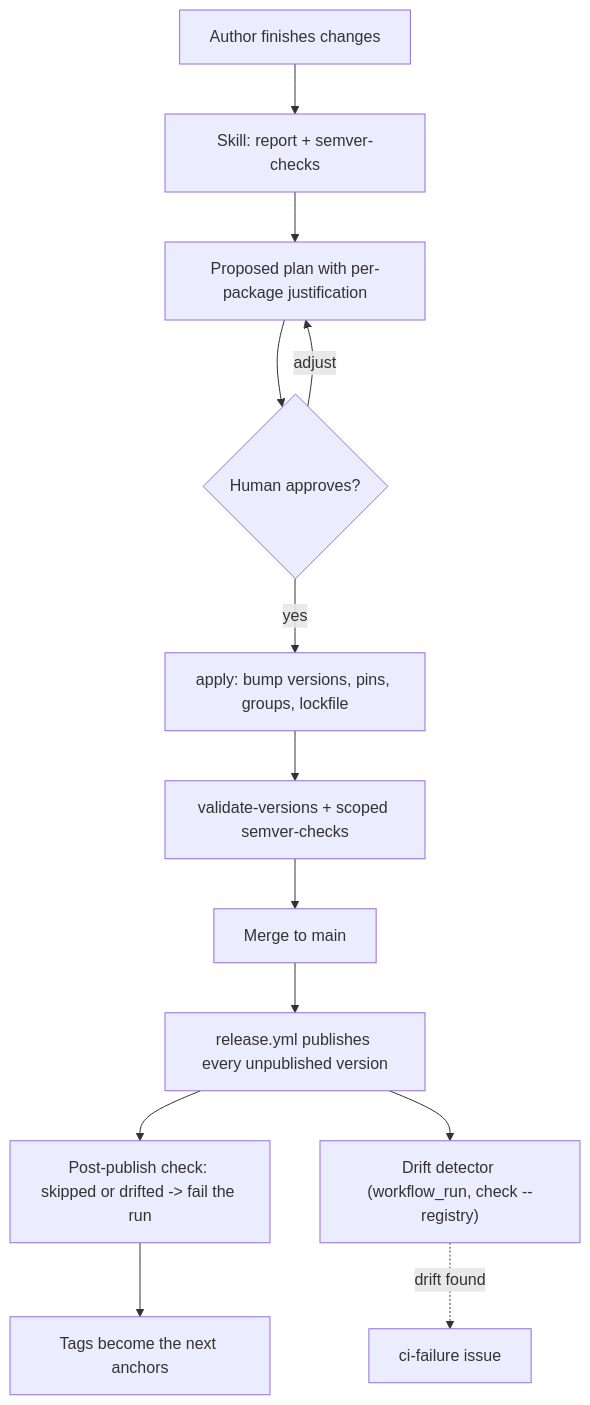
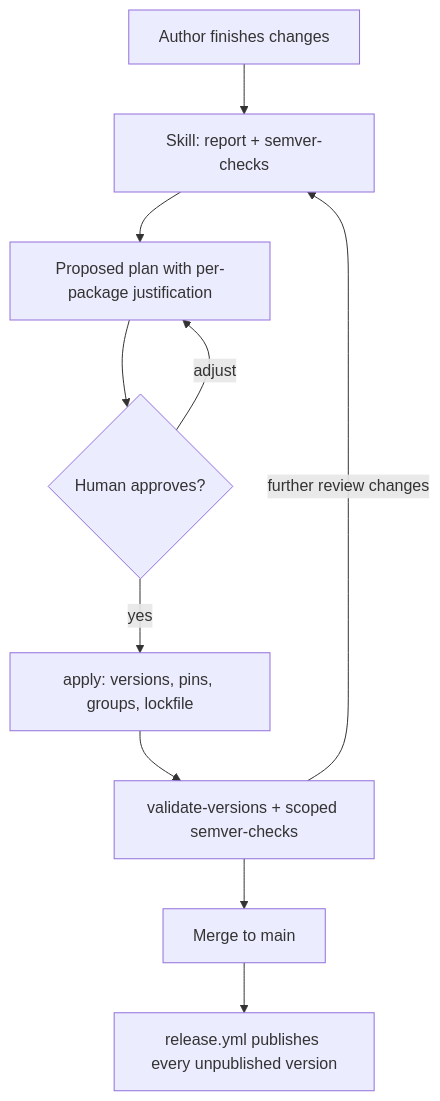
Before and after one commit to folo-rs/folo: the diagram in docs/release-versioning.md, drawn with Mermaid. The commit also changed other lines of this file, not shown here.

````diff
--- a/docs/release-versioning.md
+++ b/docs/release-versioning.md
@@ -458,15 +405,12 @@
 ```mermaid
 flowchart TD
     A["Author finishes changes"] --> B["Skill: report + semver-checks"]
     B --> C["Proposed plan with per-package justification"]
     C --> D{"Human approves?"}
     D -- adjust --> C
-    D -- yes --> E["apply: bump versions, pins, groups, lockfile"]
+    D -- yes --> E["apply: versions, pins, groups, lockfile"]
     E --> F["validate-versions + scoped semver-checks"]
+    F -- further review changes --> B
     F --> G["Merge to main"]
     G --> H["release.yml publishes every unpublished version"]
-    H --> I["Post-publish check: skipped or drifted -> fail the run"]
-    I --> J["Tags become the next anchors"]
-    H --> K["Drift detector (workflow_run, check --registry)"]
-    K -. drift found .-> L["ci-failure issue"]
 ```
````
